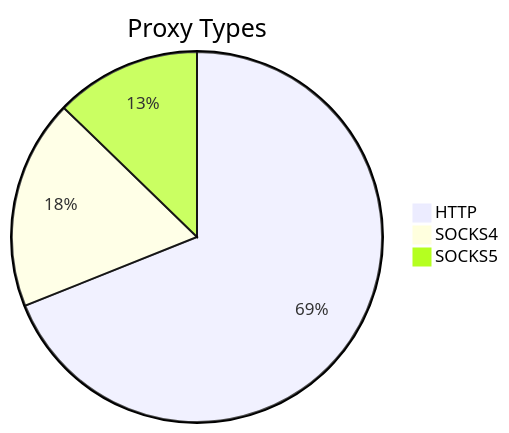
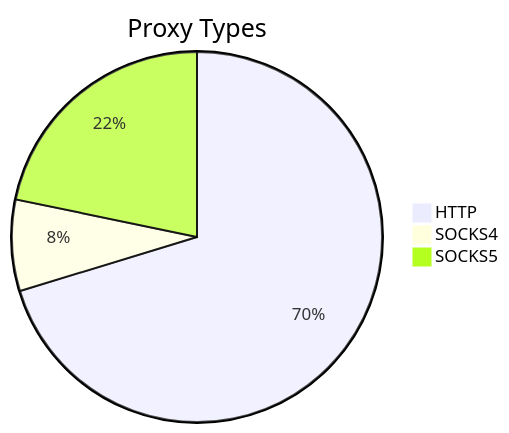
The first of 2 diagrams in README.md (stormsia/proxy-list), drawn with Mermaid before and after one commit. The commit also changed other lines of this file, not shown here.

````diff
--- a/README.md
+++ b/README.md
@@ -21,6 +21,6 @@
 ```mermaid
 pie title Proxy Types
-    "HTTP" : 433
-    "SOCKS4" : 115
-    "SOCKS5" : 80
+    "HTTP" : 194
+    "SOCKS4" : 22
+    "SOCKS5" : 60
 ```
````
